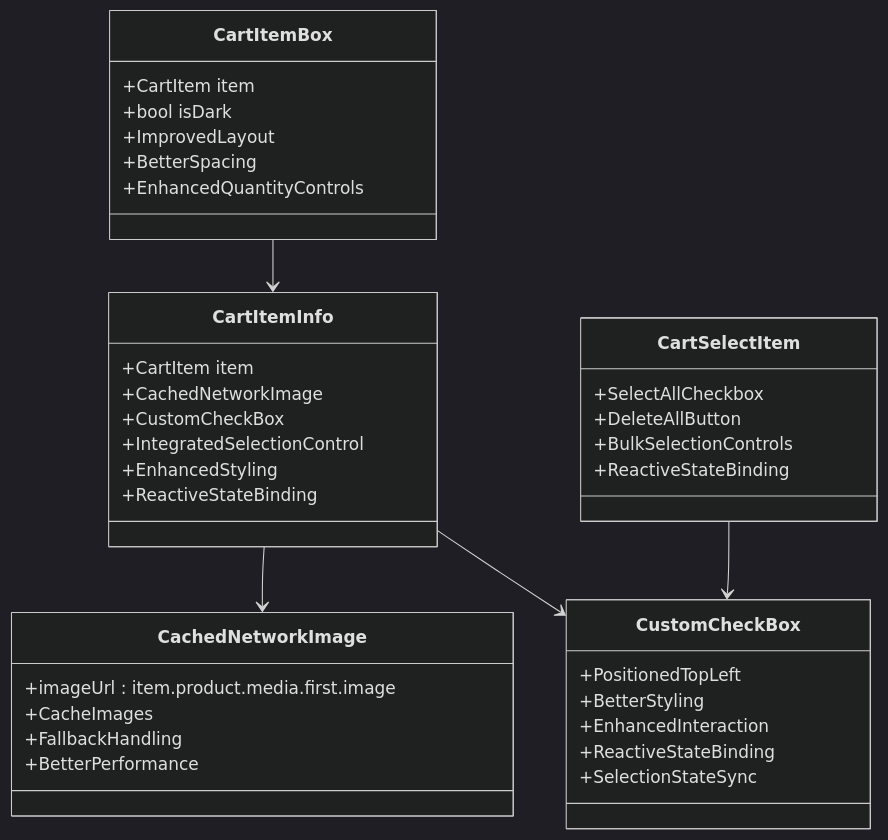
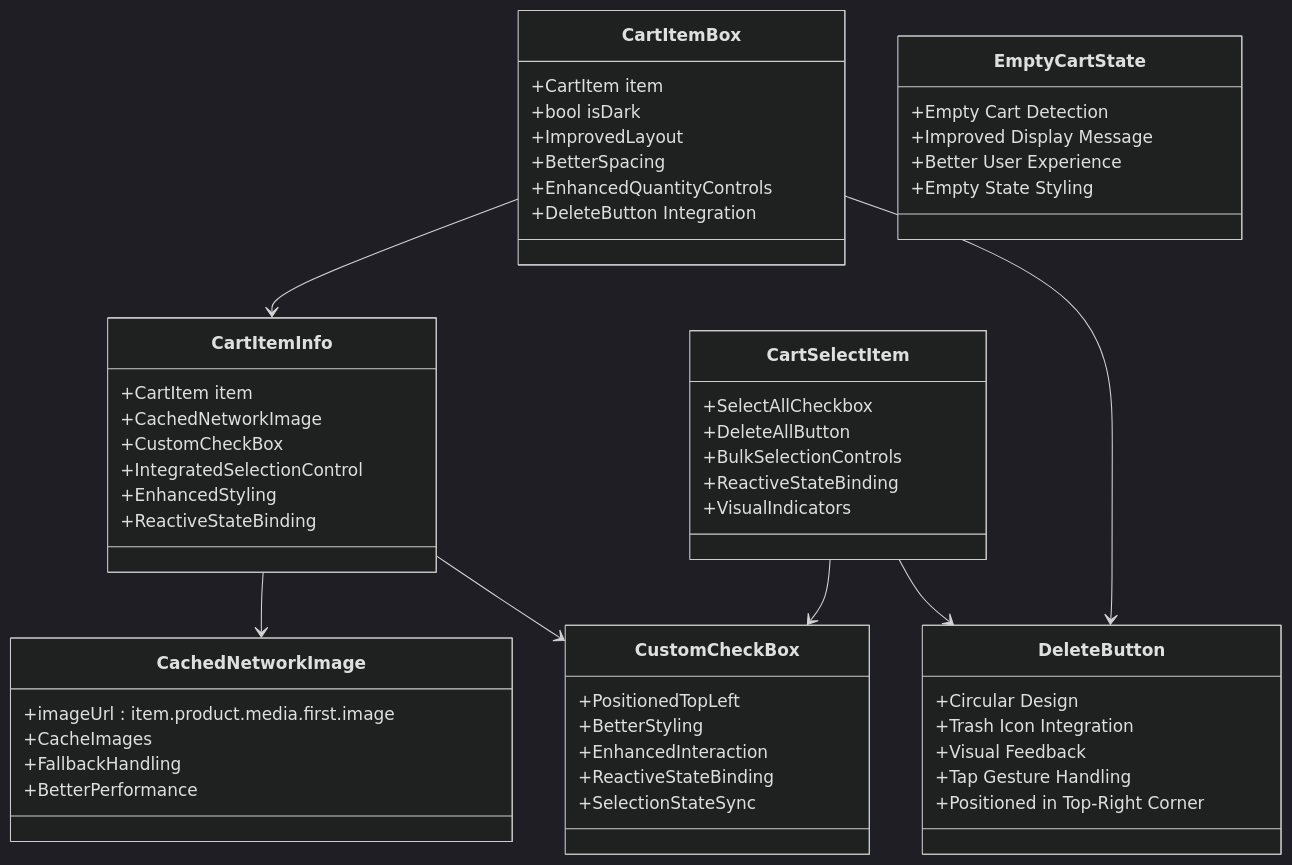
One commit to Ariful3111/FurniGo changed diagram 12 of 22 in .qoder/repowiki/en/content/Core Features/E-commerce Platform/Shopping Cart System.md. Above: the diagram before and after it, drawn with Mermaid (dark theme). The commit also changed other lines of this file and 7 other files, not shown here.

````diff
--- a/.qoder/repowiki/en/content/Core Features/E-commerce Platform/Shopping Cart System.md
+++ b/.qoder/repowiki/en/content/Core Features/E-commerce Platform/Shopping Cart System.md
@@ -473,41 +660,58 @@
 ```mermaid
 classDiagram
 class CartItemBox {
 +CartItem item
 +bool isDark
 +ImprovedLayout
 +BetterSpacing
 +EnhancedQuantityControls
++DeleteButton Integration
 }
 class CartItemInfo {
 +CartItem item
 +CachedNetworkImage
 +CustomCheckBox
 +IntegratedSelectionControl
 +EnhancedStyling
 +ReactiveStateBinding
 }
 class CustomCheckBox {
 +PositionedTopLeft
 +BetterStyling
 +EnhancedInteraction
 +ReactiveStateBinding
 +SelectionStateSync
 }
+class DeleteButton {
++Circular Design
++Trash Icon Integration
++Visual Feedback
++Tap Gesture Handling
++Positioned in Top-Right Corner
+}
 class CachedNetworkImage {
 +imageUrl : item.product.media.first.image
 +CacheImages
 +FallbackHandling
 +BetterPerformance
 }
 class CartSelectItem {
 +SelectAllCheckbox
 +DeleteAllButton
 +BulkSelectionControls
 +ReactiveStateBinding
++VisualIndicators
+}
+class EmptyCartState {
++Empty Cart Detection
++Improved Display Message
++Better User Experience
++Empty State Styling
 }
 CartItemBox --> CartItemInfo
+CartItemBox --> DeleteButton
 CartItemInfo --> CachedNetworkImage
 CartItemInfo --> CustomCheckBox
 CartSelectItem --> CustomCheckBox
+CartSelectItem --> DeleteButton
 ```
````
